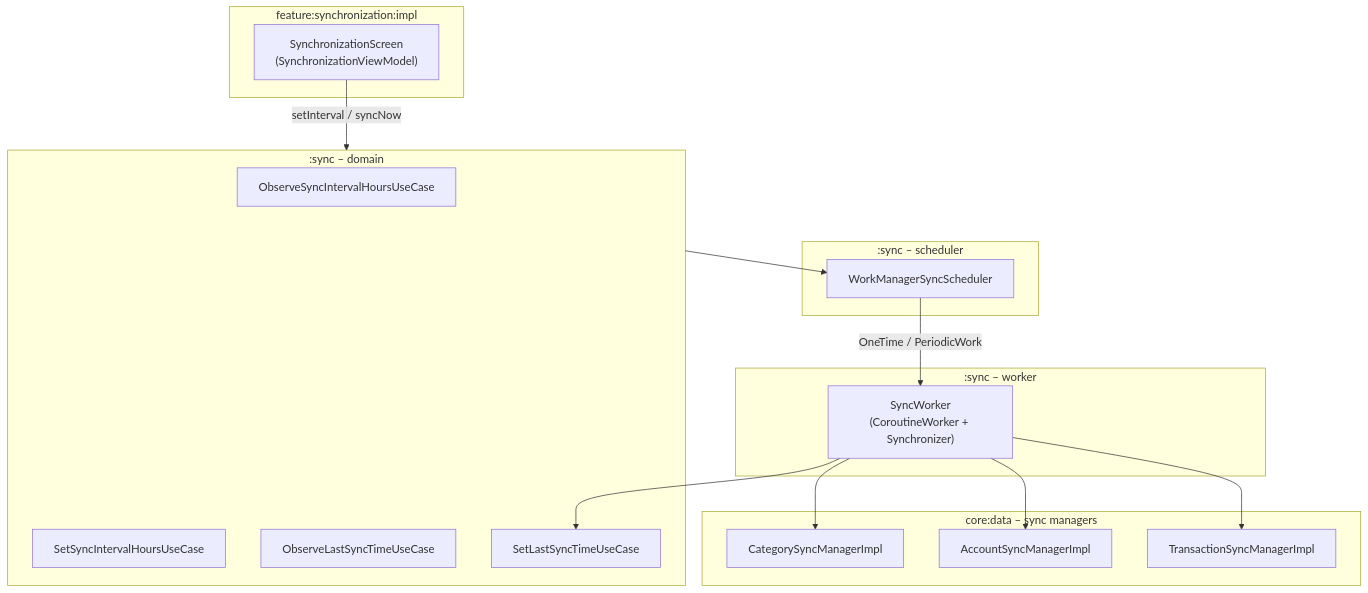
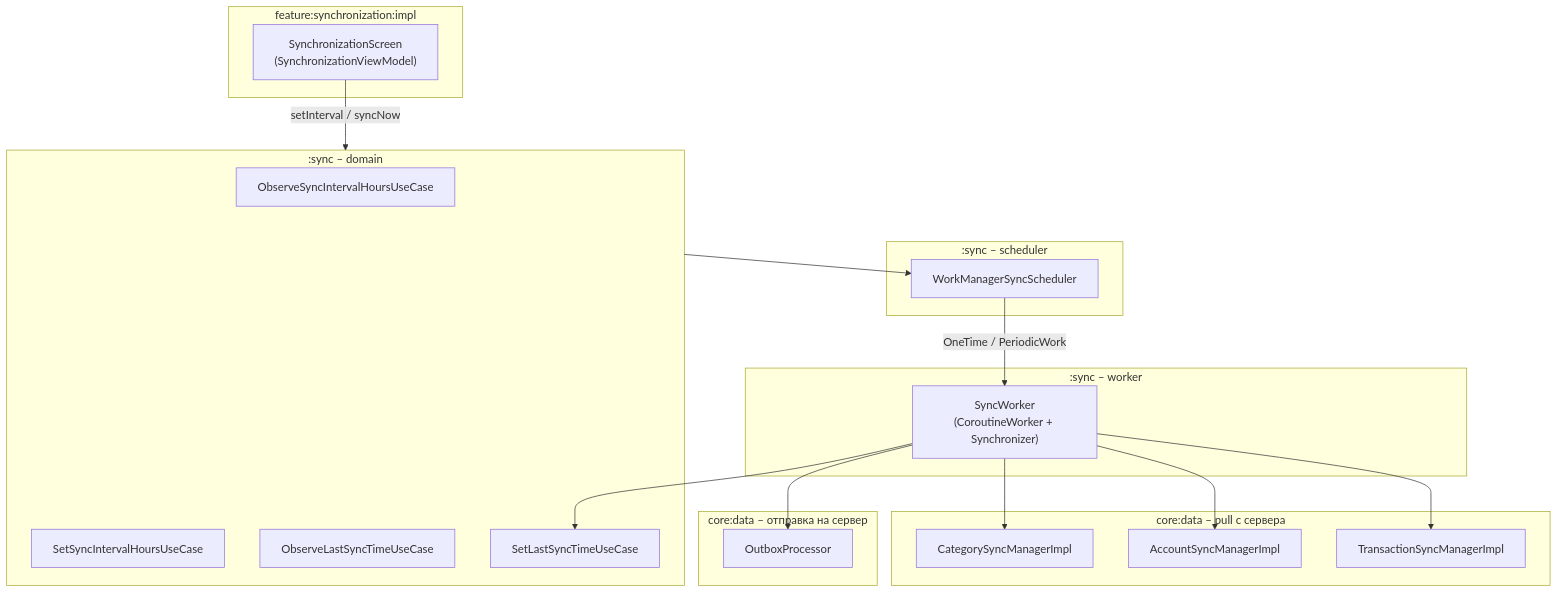
The diagram in docs/synchronization.md (IliaVoskoboinikov/Finance-Manager), drawn with Mermaid before and after one commit. The commit also changed other lines of this file and 7 other files, not shown here.

````diff
--- a/docs/synchronization.md
+++ b/docs/synchronization.md
@@ -31,35 +31,40 @@
 ```mermaid
 flowchart TB
     subgraph UI["feature:synchronization:impl"]
       SyncScreen["SynchronizationScreen\n(SynchronizationViewModel)"]
     end
 
     subgraph SYNC_DOMAIN[":sync – domain"]
       ObserveInterval["ObserveSyncIntervalHoursUseCase"]
       SetInterval["SetSyncIntervalHoursUseCase"]
       ObserveLastTime["ObserveLastSyncTimeUseCase"]
       SetLastTime["SetLastSyncTimeUseCase"]
     end
 
     subgraph SCHEDULER[":sync – scheduler"]
       Scheduler["WorkManagerSyncScheduler"]
     end
 
     subgraph WORKER[":sync – worker"]
       SyncWorker["SyncWorker\n(CoroutineWorker + Synchronizer)"]
     end
 
-    subgraph DATA["core:data – sync managers"]
+    subgraph DATA["core:data – pull с сервера"]
       CatSync["CategorySyncManagerImpl"]
       AccSync["AccountSyncManagerImpl"]
       TxSync["TransactionSyncManagerImpl"]
+    end
+
+    subgraph OUTBOX["core:data – отправка на сервер"]
+      Proc["OutboxProcessor"]
     end
 
     SyncScreen -->|"setInterval / syncNow"| SYNC_DOMAIN
     SYNC_DOMAIN --> Scheduler
     Scheduler -->|"OneTime / PeriodicWork"| SyncWorker
     SyncWorker --> CatSync
     SyncWorker --> AccSync
     SyncWorker --> TxSync
+    SyncWorker --> Proc
     SyncWorker --> SetLastTime
 ```
````
